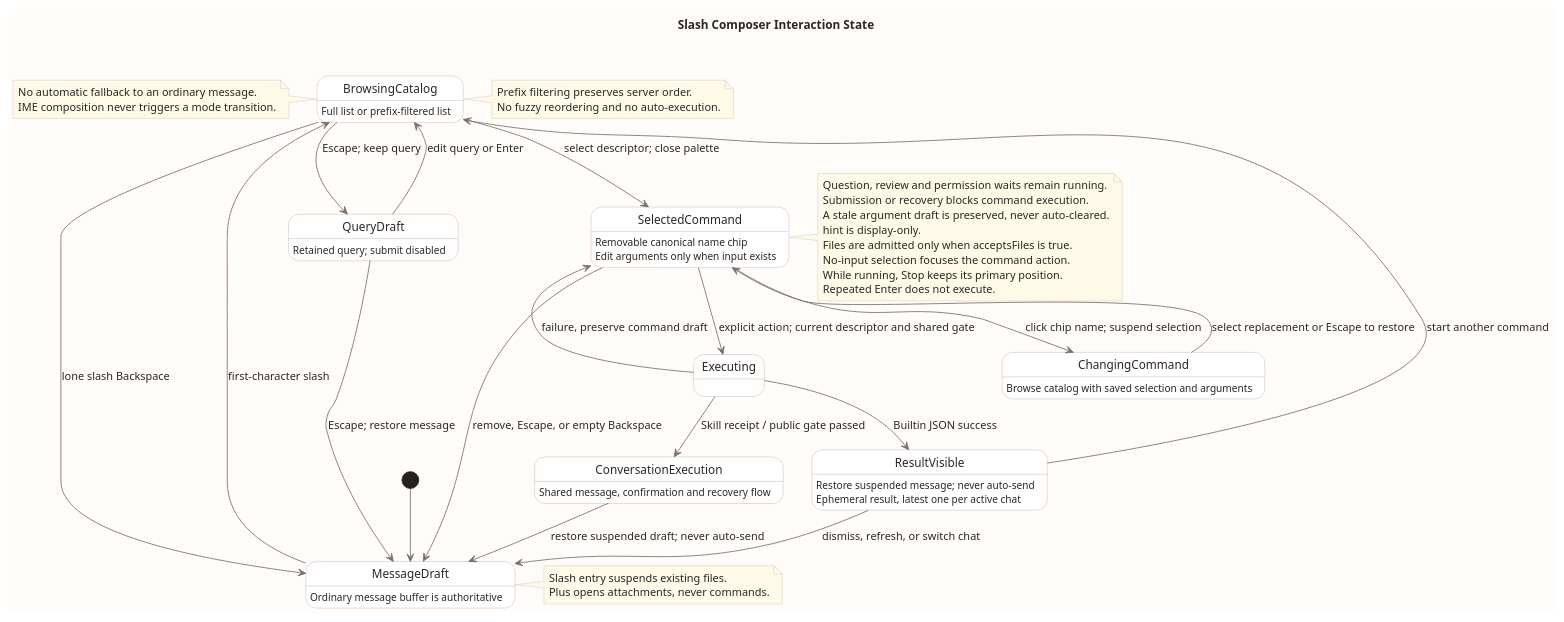
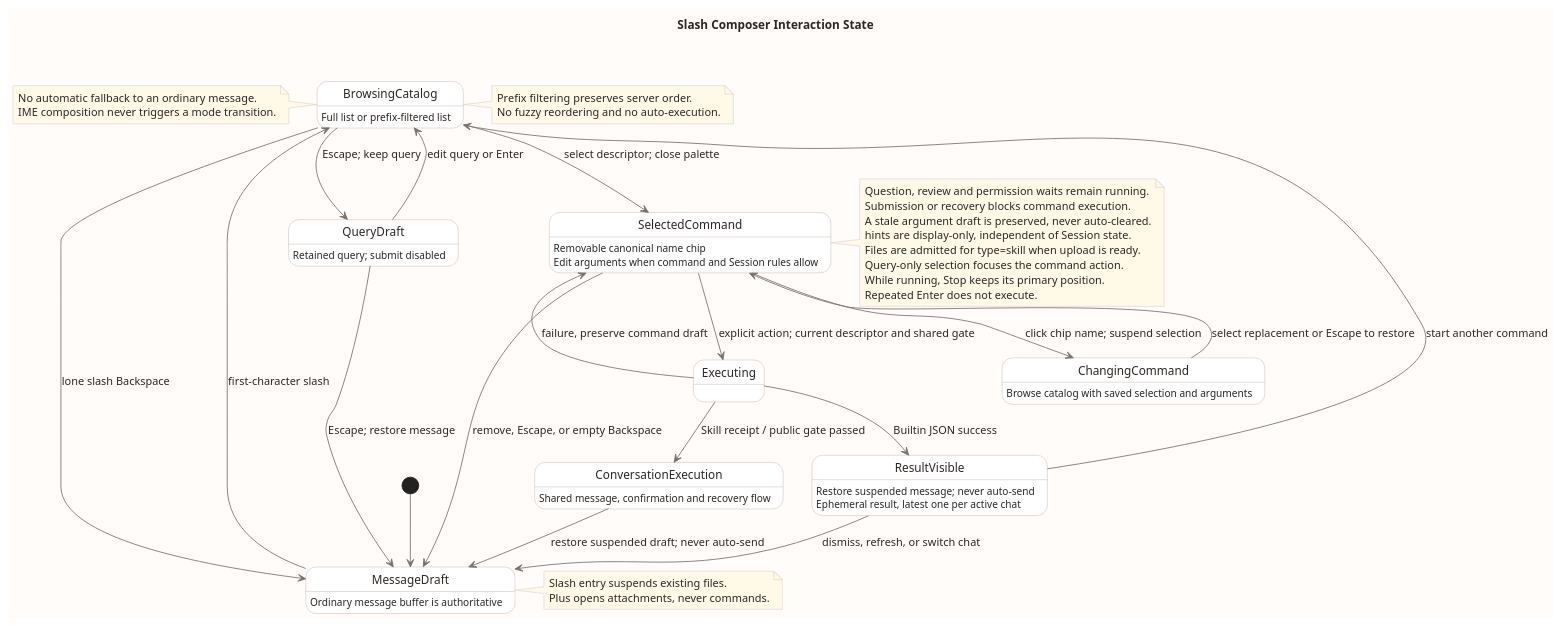
The second of 3 diagrams in 07-前端设计/技术设计/命令/diagram.puml (ssm0808/pi-mono-java-design), drawn with PlantUML before and after one commit. The commit also changed 29 other files, not shown here.

Commit message:
docs(commands): simplify descriptors to type and hints

```diff
--- a/07-前端设计/技术设计/命令/diagram.puml
+++ b/07-前端设计/技术设计/命令/diagram.puml
@@ -140,87 +140,87 @@
 @startuml slash_composer_state
 title Slash Composer Interaction State
 
 ' Source baseline: pi-mono-java@4cc8dd86f601417c22cf9306e52152acbb59bb60
 ' Source evidence: frontend/src/components/ComposerBox.vue, enter, leave, choose, submit and onKeydown
 ' Observed behavior: selection closes the palette; the editor retains the raw slash command and button labels change.
 ' Pending implementation design: removable chips, argument-only editing and consistent Escape restoration are proposed.
 ' Design reason: explicit selection and explicit execution prevent accidental state-changing commands.
 
 skinparam backgroundColor #FFFCFA
 skinparam shadowing false
 skinparam defaultFontName Arial
 skinparam defaultFontColor #2C2724
 skinparam ArrowColor #7A6F69
 skinparam stateBorderColor #BFAEA5
 skinparam stateBackgroundColor #FFFFFF
 skinparam noteBorderColor #CDBEB6
 skinparam noteBackgroundColor #FFF9E8
 skinparam nodesep 34
 skinparam ranksep 42
 top to bottom direction
 
 [*] --> MessageDraft
 MessageDraft : Ordinary message buffer is authoritative
 MessageDraft --> BrowsingCatalog : first-character slash
 
 state BrowsingCatalog
 BrowsingCatalog : Full list or prefix-filtered list
 BrowsingCatalog --> SelectedCommand : select descriptor; close palette
 BrowsingCatalog --> QueryDraft : Escape; keep query
 BrowsingCatalog --> MessageDraft : lone slash Backspace
 
 state QueryDraft
 QueryDraft : Retained query; submit disabled
 QueryDraft --> BrowsingCatalog : edit query or Enter
 QueryDraft --> MessageDraft : Escape; restore message
 
 state SelectedCommand
 SelectedCommand : Removable canonical name chip
-SelectedCommand : Edit arguments only when input exists
+SelectedCommand : Edit arguments when command and Session rules allow
 SelectedCommand --> Executing : explicit action; current descriptor and shared gate
 SelectedCommand --> MessageDraft : remove, Escape, or empty Backspace
 SelectedCommand --> ChangingCommand : click chip name; suspend selection
 
 state ChangingCommand
 ChangingCommand : Browse catalog with saved selection and arguments
 ChangingCommand --> SelectedCommand : select replacement or Escape to restore
 
 state Executing
 Executing --> SelectedCommand : failure, preserve command draft
 Executing --> ResultVisible : Builtin JSON success
 ResultVisible : Restore suspended message; never auto-send
 Executing --> ConversationExecution : Skill receipt / public gate passed
 ConversationExecution : Shared message, confirmation and recovery flow
 ConversationExecution --> MessageDraft : restore suspended draft; never auto-send
 
 state ResultVisible
 ResultVisible : Ephemeral result, latest one per active chat
 ResultVisible --> BrowsingCatalog : start another command
 ResultVisible --> MessageDraft : dismiss, refresh, or switch chat
 
 note right of BrowsingCatalog
   Prefix filtering preserves server order.
   No fuzzy reordering and no auto-execution.
 end note
 
 note right of SelectedCommand
   Question, review and permission waits remain running.
   Submission or recovery blocks command execution.
   A stale argument draft is preserved, never auto-cleared.
-  hint is display-only.
-  Files are admitted only when acceptsFiles is true.
-  No-input selection focuses the command action.
+  hints are display-only, independent of Session state.
+  Files are admitted for type=skill when upload is ready.
+  Query-only selection focuses the command action.
   While running, Stop keeps its primary position.
   Repeated Enter does not execute.
 end note
 
 note left of BrowsingCatalog
   No automatic fallback to an ordinary message.
   IME composition never triggers a mode transition.
 end note
 
 note right of MessageDraft
   Slash entry suspends existing files.
   Plus opens attachments, never commands.
 end note
 @enduml
```
